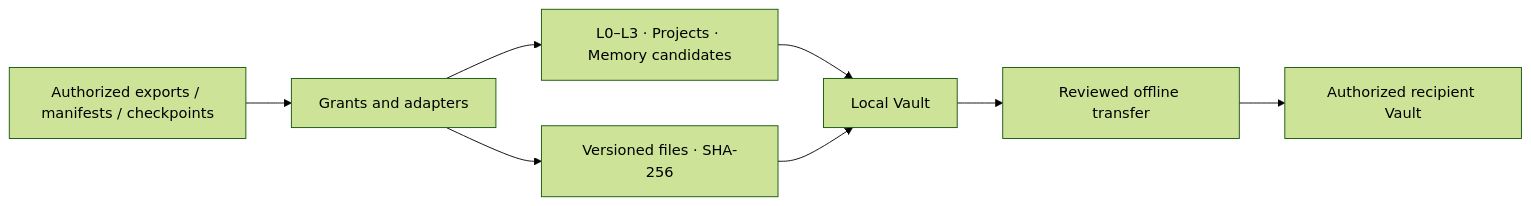
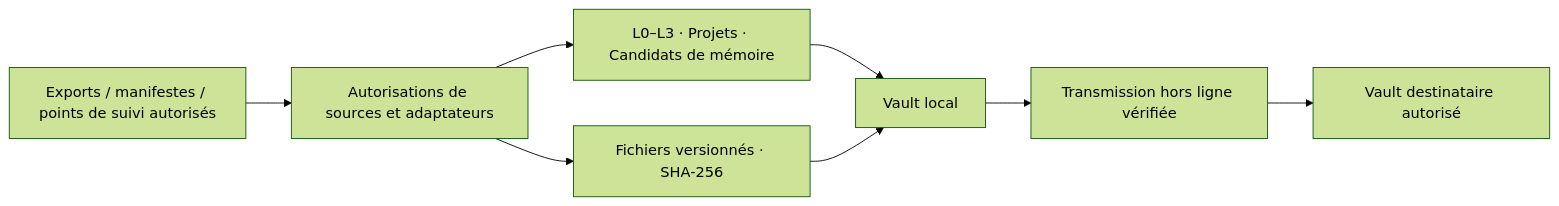
Before and after one commit to ranchen-love/ai-memory-hub-v2-1-review: the diagram in README.fr.md, drawn with Mermaid (forest theme).

Commit message:
docs(i18n): localize architecture diagram in README.fr.md

````diff
--- a/README.fr.md
+++ b/README.fr.md
@@ -25,10 +25,10 @@
 ```mermaid
 flowchart LR
-  A["Authorized exports / manifests / checkpoints"] --> B["Grants and adapters"]
-  B --> C["L0–L3 · Projects · Memory candidates"]
-  B --> D["Versioned files · SHA-256"]
-  C --> E["Local Vault"]
+  A["Exports / manifestes / points de suivi autorisés"] --> B["Autorisations de sources et adaptateurs"]
+  B --> C["L0–L3 · Projets · Candidats de mémoire"]
+  B --> D["Fichiers versionnés · SHA-256"]
+  C --> E["Vault local"]
   D --> E
-  E --> F["Reviewed offline transfer"]
-  F --> G["Authorized recipient Vault"]
+  E --> F["Transmission hors ligne vérifiée"]
+  F --> G["Vault destinataire autorisé"]
 ```
````
